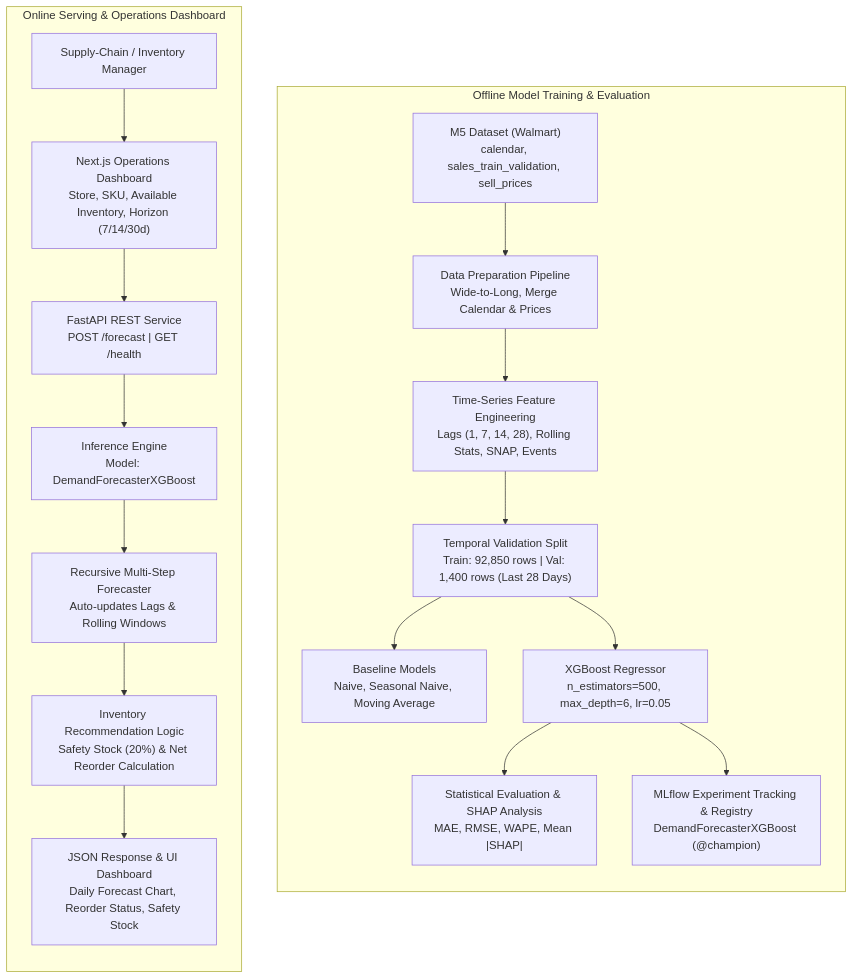
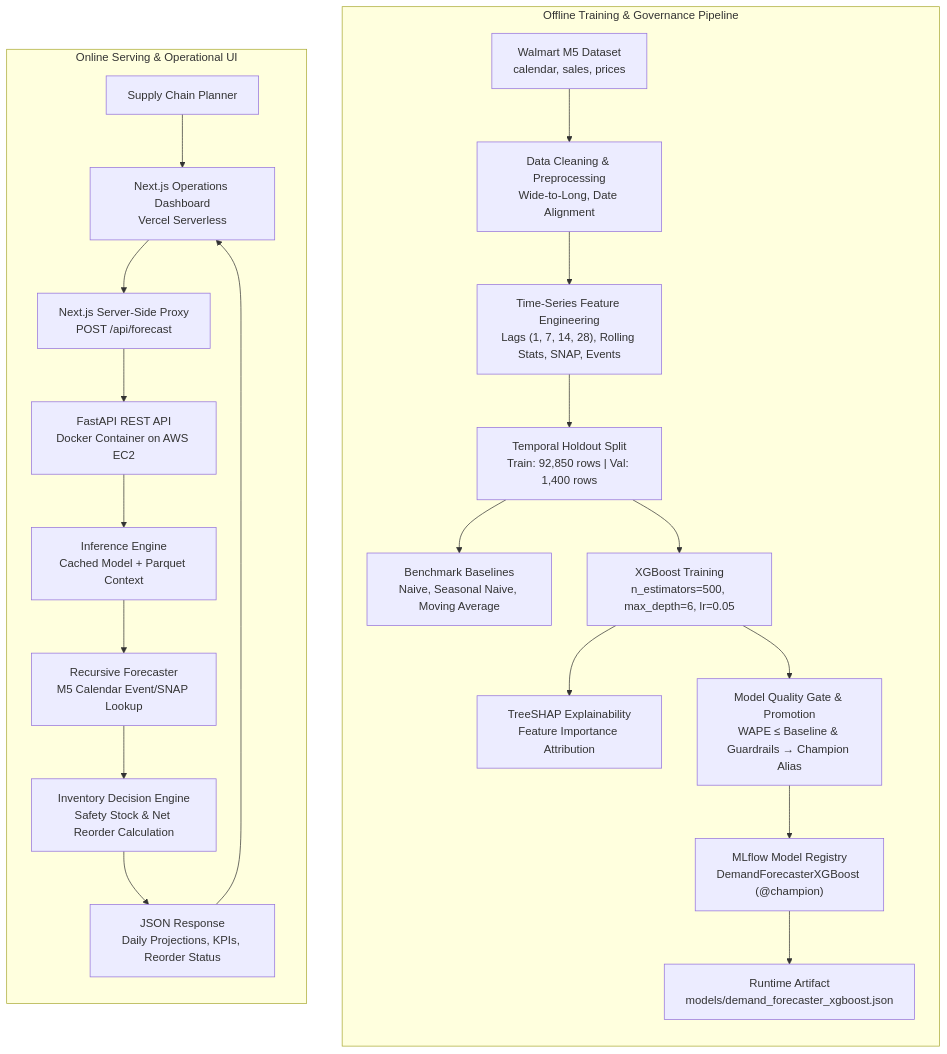
Before and after one commit to irishz12/Demand-Forecasting-Inventory-Intelligence: the first of 2 diagrams in README.md, drawn with Mermaid. The commit also changed other lines of this file, not shown here.

````diff
--- a/README.md
+++ b/README.md
@@ -37,23 +70,27 @@
 ```mermaid
 flowchart TD
-    subgraph Offline["Offline Model Training & Evaluation"]
+    subgraph Offline["Offline Training & Governance Pipeline"]
         direction TB
-        M5["M5 Dataset (Walmart)<br/>calendar, sales_train_validation, sell_prices"] --> DP["Data Preparation Pipeline<br/>Wide-to-Long, Merge Calendar & Prices"]
-        DP --> FE["Time-Series Feature Engineering<br/>Lags (1, 7, 14, 28), Rolling Stats, SNAP, Events"]
-        FE --> TV["Temporal Validation Split<br/>Train: 92,850 rows | Val: 1,400 rows (Last 28 Days)"]
-        TV --> BASE["Baseline Models<br/>Naive, Seasonal Naive, Moving Average"]
-        TV --> XGB["XGBoost Regressor<br/>n_estimators=500, max_depth=6, lr=0.05"]
-        XGB --> EVAL["Statistical Evaluation & SHAP Analysis<br/>MAE, RMSE, WAPE, Mean |SHAP|"]
-        XGB --> REG["MLflow Experiment Tracking & Registry<br/>DemandForecasterXGBoost (@champion)"]
+        M5["Walmart M5 Dataset<br/>calendar, sales, prices"] --> PREP["Data Cleaning & Preprocessing<br/>Wide-to-Long, Date Alignment"]
+        PREP --> FE["Time-Series Feature Engineering<br/>Lags (1, 7, 14, 28), Rolling Stats, SNAP, Events"]
+        FE --> SPLIT["Temporal Holdout Split<br/>Train: 92,850 rows | Val: 1,400 rows"]
+        SPLIT --> BASE["Benchmark Baselines<br/>Naive, Seasonal Naive, Moving Average"]
+        SPLIT --> TRAIN["XGBoost Training<br/>n_estimators=500, max_depth=6, lr=0.05"]
+        TRAIN --> SHAP["TreeSHAP Explainability<br/>Feature Importance Attribution"]
+        TRAIN --> GATE["Model Quality Gate & Promotion<br/>WAPE &le; Baseline &amp; Guardrails &rarr; Champion Alias"]
+        GATE --> REG["MLflow Model Registry<br/>DemandForecasterXGBoost (@champion)"]
+        REG --> RUNTIME["Runtime Artifact<br/>models/demand_forecaster_xgboost.json"]
     end
 
-    subgraph Online["Online Serving & Operations Dashboard"]
+    subgraph Online["Online Serving & Operational UI"]
         direction TB
-        MGR["Supply-Chain / Inventory Manager"] --> UI["Next.js Operations Dashboard<br/>Store, SKU, Available Inventory, Horizon (7/14/30d)"]
-        UI --> API["FastAPI REST Service<br/>POST /forecast | GET /health"]
-        API --> ENG["Inference Engine<br/>Model: DemandForecasterXGBoost"]
-        ENG --> REC["Recursive Multi-Step Forecaster<br/>Auto-updates Lags & Rolling Windows"]
-        REC --> INV["Inventory Recommendation Logic<br/>Safety Stock (20%) & Net Reorder Calculation"]
-        INV --> RES["JSON Response & UI Dashboard<br/>Daily Forecast Chart, Reorder Status, Safety Stock"]
+        USER["Supply Chain Planner"] --> UI["Next.js Operations Dashboard<br/>Vercel Serverless"]
+        UI --> PROXY["Next.js Server-Side Proxy<br/>POST /api/forecast"]
+        PROXY --> API["FastAPI REST API<br/>Docker Container on AWS EC2"]
+        API --> ENGINE["Inference Engine<br/>Cached Model + Parquet Context"]
+        ENGINE --> REC["Recursive Forecaster<br/>M5 Calendar Event/SNAP Lookup"]
+        REC --> INV["Inventory Decision Engine<br/>Safety Stock &amp; Net Reorder Calculation"]
+        INV --> RESP["JSON Response<br/>Daily Projections, KPIs, Reorder Status"]
+        RESP --> UI
     end
 ```
````
